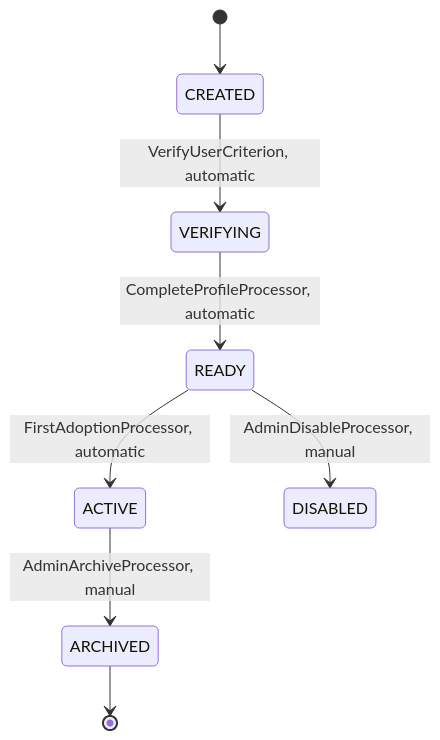
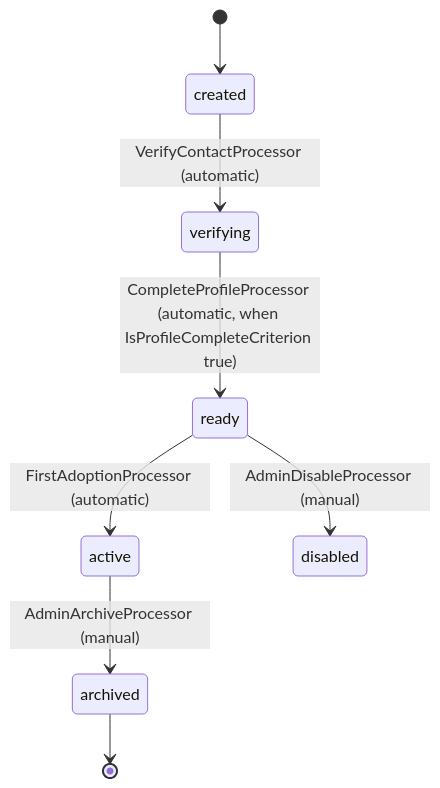
The second of 3 diagrams in src/main/java/com/java_template/prototype/functional_requirement.md (Cyoda-platform/java-client-template), drawn with Mermaid before and after one commit. The commit also changed other lines of this file, not shown here.

````diff
--- a/src/main/java/com/java_template/prototype/functional_requirement.md
+++ b/src/main/java/com/java_template/prototype/functional_requirement.md
@@ -80,10 +130,10 @@
 ```mermaid
 stateDiagram-v2
-    [*] --> CREATED
-    CREATED --> VERIFYING : VerifyUserCriterion, automatic
-    VERIFYING --> READY : CompleteProfileProcessor, automatic
-    READY --> ACTIVE : FirstAdoptionProcessor, automatic
-    READY --> DISABLED : AdminDisableProcessor, manual
-    ACTIVE --> ARCHIVED : AdminArchiveProcessor, manual
-    ARCHIVED --> [*]
+    [*] --> created
+    created --> verifying : VerifyContactProcessor (automatic)
+    verifying --> ready : CompleteProfileProcessor (automatic, when IsProfileCompleteCriterion true)
+    ready --> active : FirstAdoptionProcessor (automatic)
+    ready --> disabled : AdminDisableProcessor (manual)
+    active --> archived : AdminArchiveProcessor (manual)
+    archived --> [*]
 ```
````
